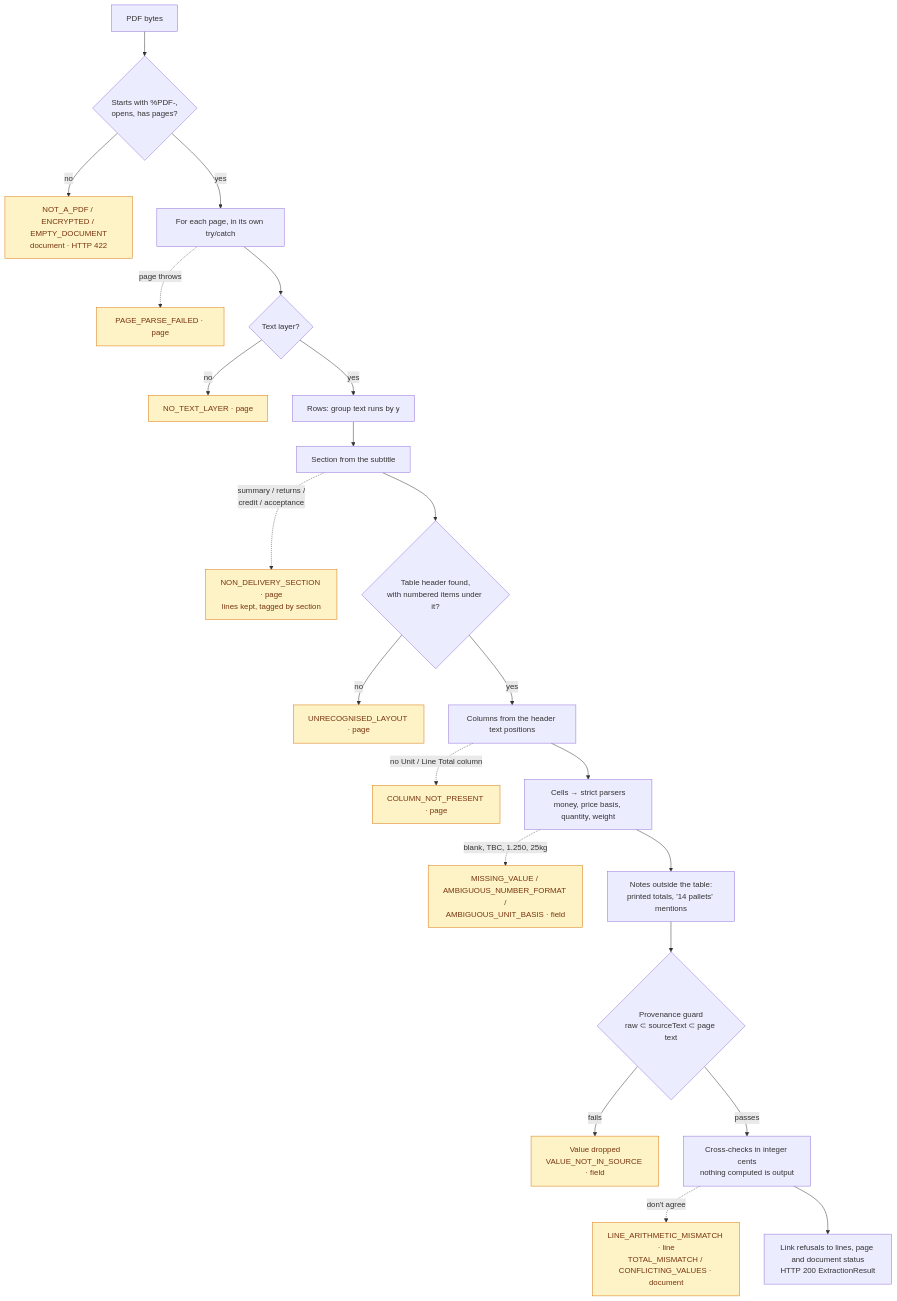
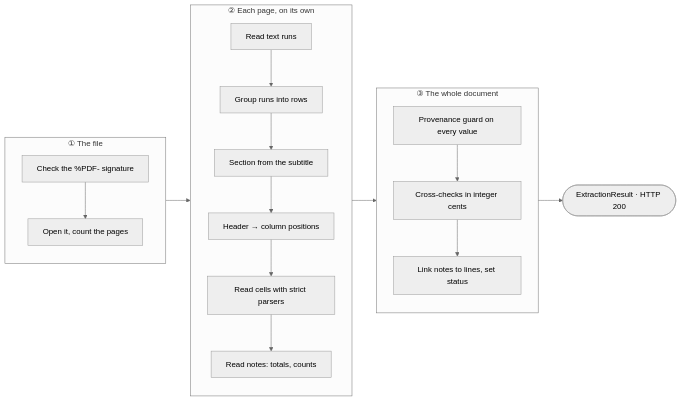
The second of 3 diagrams in README.md (minhtridinh-kayden/insta-quote-extract), drawn with Mermaid before and after one commit. The commit also changed other lines of this file, not shown here.

Commit message:
IQE-43 Accurate, readable README diagrams

````diff
--- a/README.md
+++ b/README.md
@@ -128,26 +130,17 @@
 ```mermaid
-flowchart TD
-  bytes["PDF bytes"] --> open{"Starts with %PDF-,<br/>opens, has pages?"}
-  open -- no --> rDoc["NOT_A_PDF / ENCRYPTED / EMPTY_DOCUMENT<br/>document · HTTP 422"]
-  open -- yes --> perPage["For each page, in its own try/catch"]
-  perPage -. "page throws" .-> rCrash["PAGE_PARSE_FAILED · page"]
-  perPage --> hasText{"Text layer?"}
-  hasText -- no --> rScan["NO_TEXT_LAYER · page"]
-  hasText -- yes --> rows["Rows: group text runs by y"]
-  rows --> section["Section from the subtitle"]
-  section -. "summary / returns /<br/>credit / acceptance" .-> rSection["NON_DELIVERY_SECTION · page<br/>lines kept, tagged by section"]
-  section --> header{"Table header found,<br/>with numbered items under it?"}
-  header -- no --> rLayout["UNRECOGNISED_LAYOUT · page"]
-  header -- yes --> columns["Columns from the header text positions"]
-  columns -. "no Unit / Line Total column" .-> rColumn["COLUMN_NOT_PRESENT · page"]
-  columns --> cells["Cells → strict parsers<br/>money, price basis, quantity, weight"]
-  cells -. "blank, TBC, 1.250, 25kg" .-> rField["MISSING_VALUE / AMBIGUOUS_NUMBER_FORMAT /<br/>AMBIGUOUS_UNIT_BASIS · field"]
-  cells --> notes["Notes outside the table:<br/>printed totals, '14 pallets' mentions"]
-  notes --> guard{"Provenance guard<br/>raw ⊂ sourceText ⊂ page text"}
-  guard -- fails --> rGuard["Value dropped<br/>VALUE_NOT_IN_SOURCE · field"]
-  guard -- passes --> checks["Cross-checks in integer cents<br/>nothing computed is output"]
-  checks -. "don't agree" .-> rCheck["LINE_ARITHMETIC_MISMATCH · line<br/>TOTAL_MISMATCH / CONFLICTING_VALUES · document"]
-  checks --> result["Link refusals to lines, page and document status<br/>HTTP 200 ExtractionResult"]
-  classDef refusal fill:#fef3c7,stroke:#d97706,color:#78350f
-  class rDoc,rCrash,rScan,rSection,rLayout,rColumn,rField,rGuard,rCheck refusal
+%%{init: {"theme": "neutral"}}%%
+flowchart LR
+  subgraph s1["① The file"]
+    direction TB
+    a1["Check the %PDF- signature"] --> a2["Open it, count the pages"]
+  end
+  subgraph s2["② Each page, on its own"]
+    direction TB
+    b1["Read text runs"] --> b2["Group runs into rows"] --> b3["Section from the subtitle"] --> b4["Header → column positions"] --> b5["Read cells with strict parsers"] --> b6["Read notes: totals, counts"]
+  end
+  subgraph s3["③ The whole document"]
+    direction TB
+    c1["Provenance guard on every value"] --> c2["Cross-checks in integer cents"] --> c3["Link notes to lines, set status"]
+  end
+  s1 --> s2 --> s3 --> out(["ExtractionResult · HTTP 200"])
 ```
````
